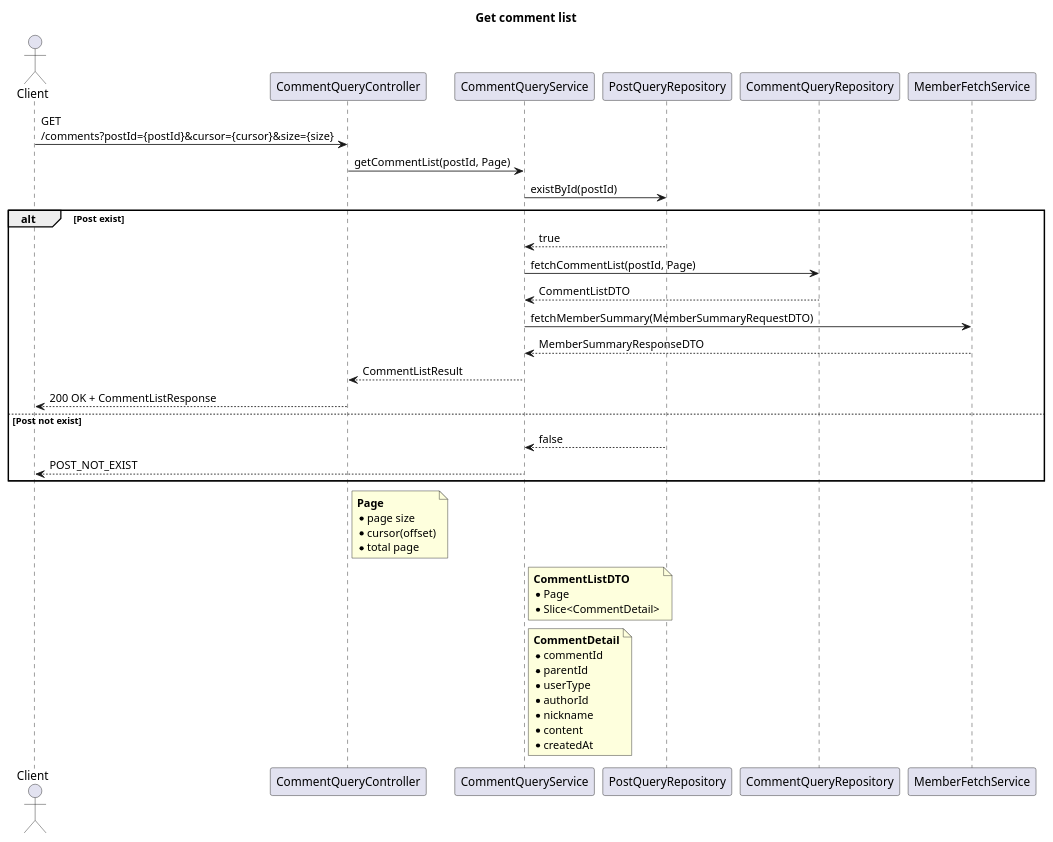
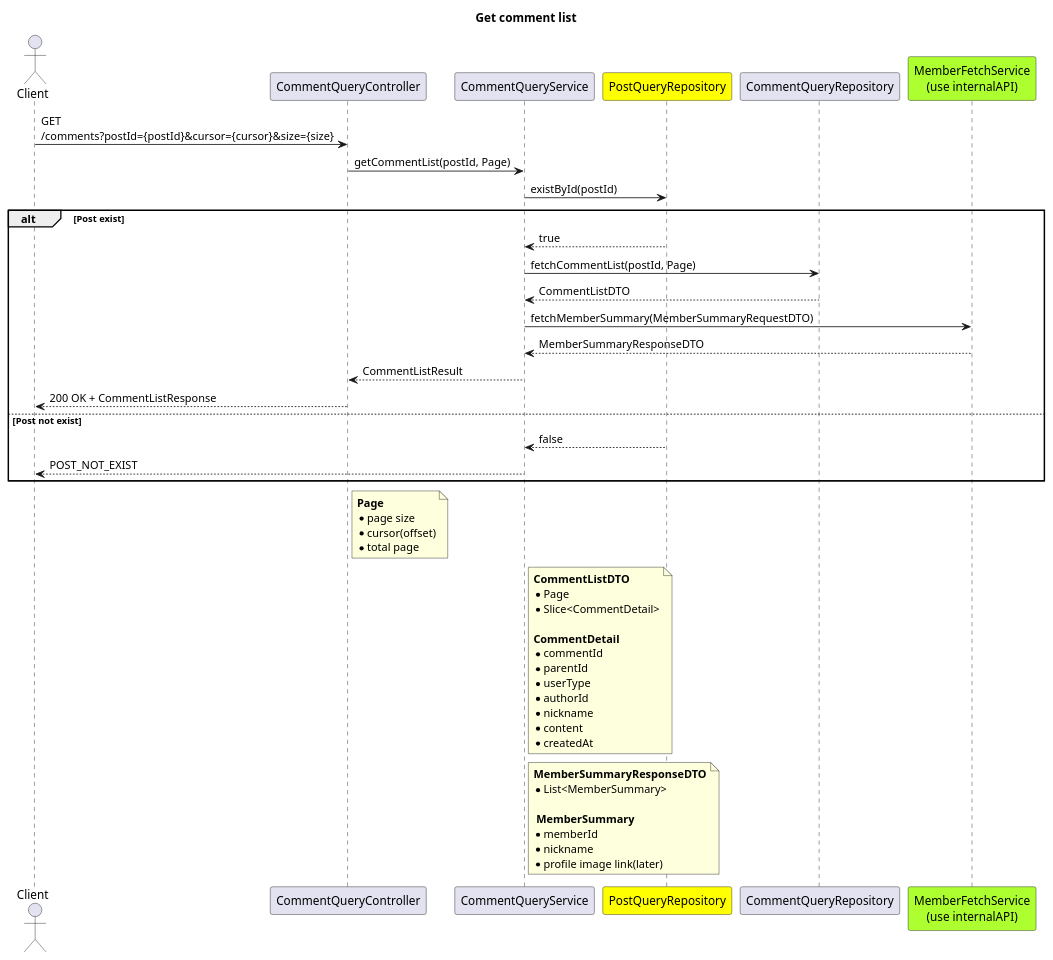
The diagram in document/puml/event/externalAPI/boardContext/commentAggregate/getCommentList.puml (SimpleBoardTeam/simpleBoard-server), drawn with PlantUML before and after one commit. The commit also changed 2 other files, not shown here.

Commit message:
docs(diagram): Event Handling 시퀸스 제거 및 클래스 명 수정 - 이벤트 다이어그램 내부에서 EventHandling 시퀸스 제거 - CQRS가 미적용된 클래스 명 수정

```diff
--- a/document/puml/event/externalAPI/boardContext/commentAggregate/getCommentList.puml
+++ b/document/puml/event/externalAPI/boardContext/commentAggregate/getCommentList.puml
@@ -1,53 +1,61 @@
 @startuml getCommentListSeq
 title Get comment list
 
 actor Client
 participant CommentQueryController
 participant CommentQueryService
-participant PostQueryRepository
+participant PostQueryRepository #Yellow
 participant CommentQueryRepository
-participant MemberFetchService
+participant "MemberFetchService\n(use internalAPI)" as MemberFetchService #GreenYellow
 
 Client -> CommentQueryController : GET\n/comments?postId={postId}&cursor={cursor}&size={size}
 CommentQueryController -> CommentQueryService : getCommentList(postId, Page)
 
 CommentQueryService -> PostQueryRepository : existById(postId)
 alt Post exist
 PostQueryRepository --> CommentQueryService : true
 CommentQueryService -> CommentQueryRepository : fetchCommentList(postId, Page)
 CommentQueryRepository --> CommentQueryService : CommentListDTO
 CommentQueryService -> MemberFetchService : fetchMemberSummary(MemberSummaryRequestDTO)
 MemberFetchService --> CommentQueryService : MemberSummaryResponseDTO
 
 CommentQueryService --> CommentQueryController : CommentListResult
 CommentQueryController --> Client :  200 OK + CommentListResponse
 
 else Post not exist
 PostQueryRepository --> CommentQueryService : false
 CommentQueryService --> Client : POST_NOT_EXIST
 end
 
 note right of CommentQueryController
 <b>Page</b>
 * page size
 * cursor(offset)
 * total page
 end note
 
 note right of CommentQueryService
 <b>CommentListDTO</b>
 * Page
 * Slice<CommentDetail>
-end note
-note right of CommentQueryService
+
 <b>CommentDetail</b>
 * commentId
 * parentId
 * userType
 * authorId
 * nickname
 * content
 * createdAt
 end note
 
+note right of CommentQueryService
+<b>MemberSummaryResponseDTO</b>
+* List<MemberSummary>
+
+<b> MemberSummary</b>
+* memberId
+* nickname
+* profile image link(later)
+end note
 @enduml
```
